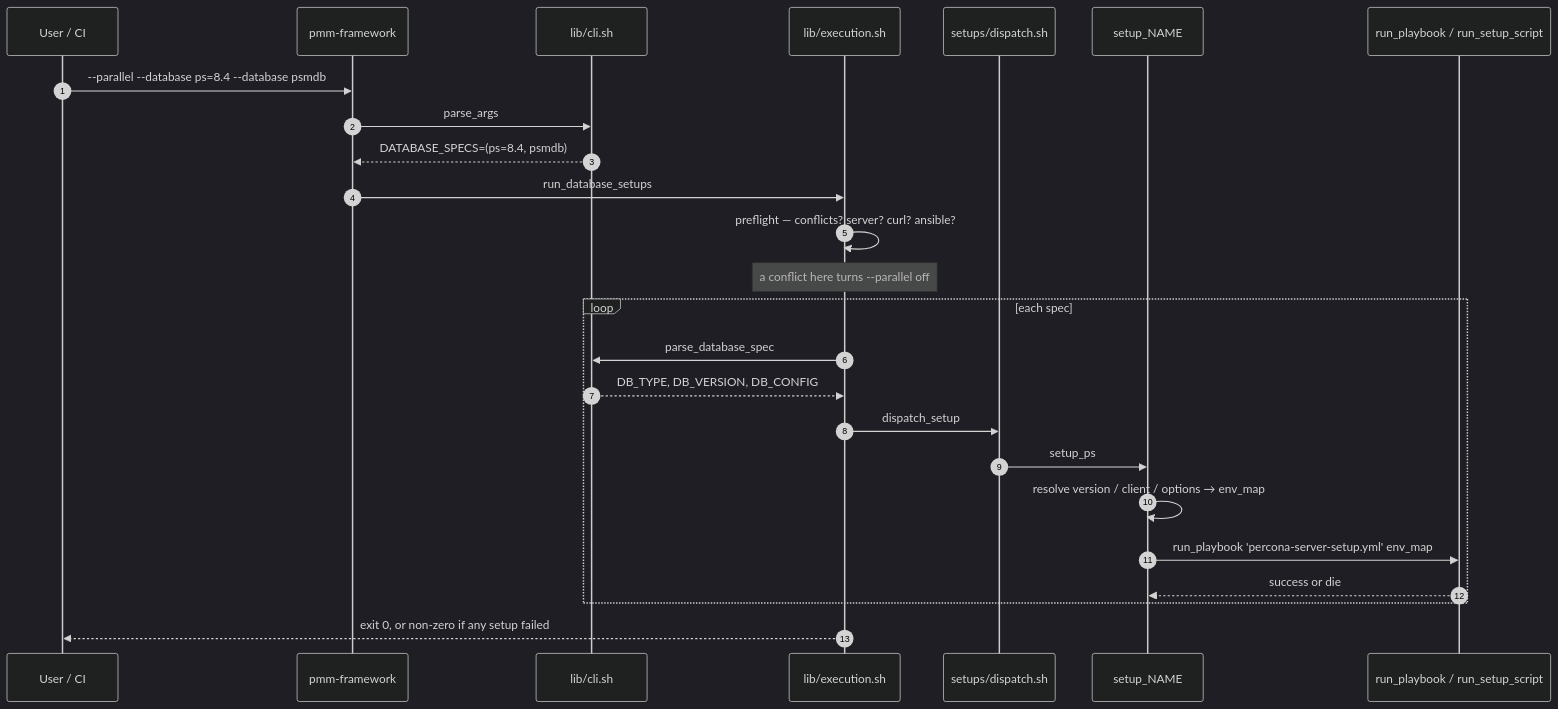
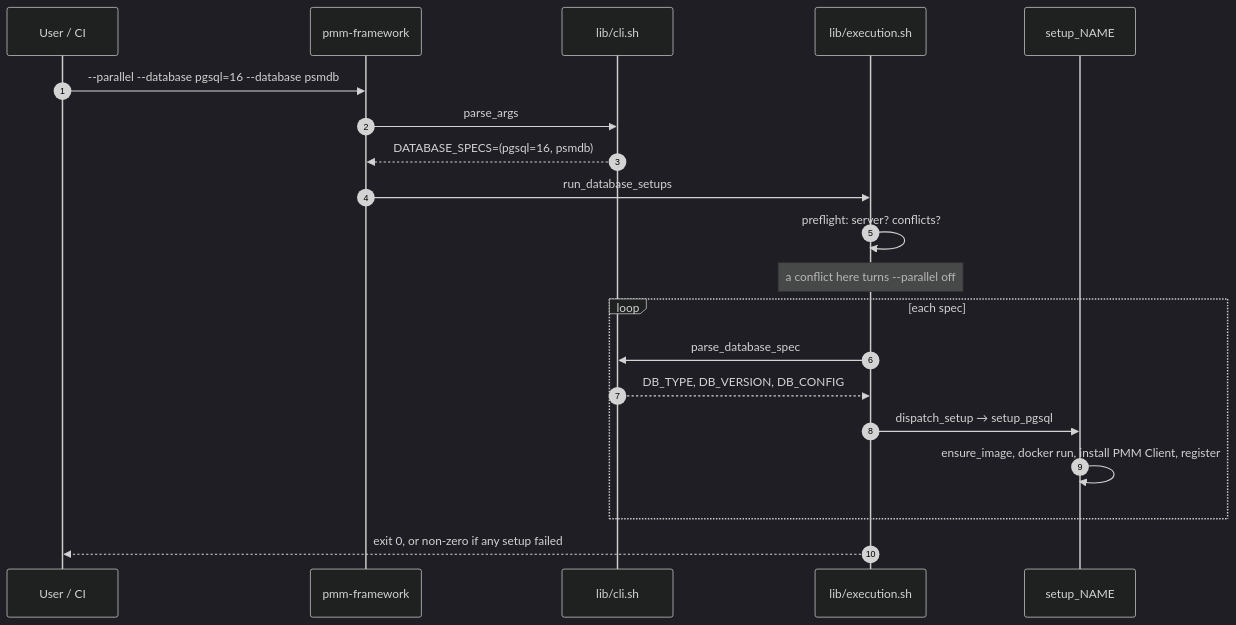
One commit to percona/pmm-qa changed the second of 3 diagrams in qa-integration/pmm_qa/pmm-framework/ARCHITECTURE.md. Above: the diagram before and after it, drawn with Mermaid (dark theme). The commit also changed other lines of this file and 238 other files, not shown here.

First line of the commit message:
PMM-15255 Run pmm-framework on prebaked Docker images (#1564)

````diff
--- a/qa-integration/pmm_qa/pmm-framework/ARCHITECTURE.md
+++ b/qa-integration/pmm_qa/pmm-framework/ARCHITECTURE.md
@@ -81,28 +104,23 @@
 ```mermaid
 sequenceDiagram
     autonumber
     participant U as User / CI
     participant E as pmm-framework
     participant C as lib/cli.sh
     participant X as lib/execution.sh
-    participant D as setups/dispatch.sh
     participant S as setup_NAME
-    participant B as run_playbook / run_setup_script
 
-    U->>E: --parallel --database ps=8.4 --database psmdb
+    U->>E: --parallel --database pgsql=16 --database psmdb
     E->>C: parse_args
-    C-->>E: DATABASE_SPECS=(ps=8.4, psmdb)
+    C-->>E: DATABASE_SPECS=(pgsql=16, psmdb)
     E->>X: run_database_setups
-    X->>X: preflight — conflicts? server? curl? ansible?
+    X->>X: preflight: server? conflicts?
     Note over X: a conflict here turns --parallel off
     loop each spec
         X->>C: parse_database_spec
         C-->>X: DB_TYPE, DB_VERSION, DB_CONFIG
-        X->>D: dispatch_setup
-        D->>S: setup_ps
-        S->>S: resolve version / client / options → env_map
-        S->>B: run_playbook 'percona-server-setup.yml' env_map
-        B-->>S: success or die
+        X->>S: dispatch_setup → setup_pgsql
+        S->>S: ensure_image, docker run, install PMM Client, register
     end
     X-->>U: exit 0, or non-zero if any setup failed
 ```
````
